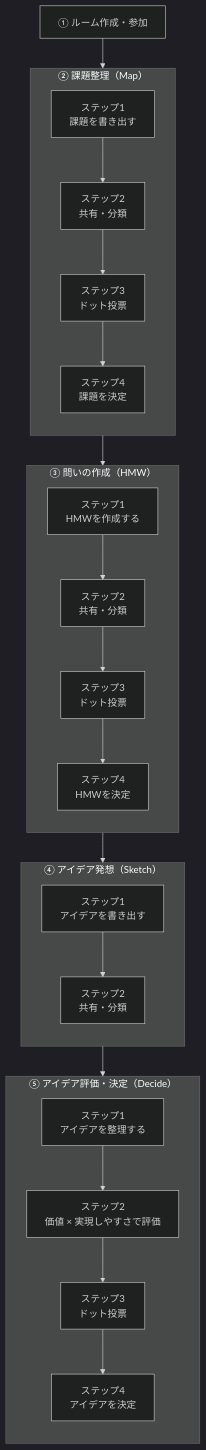
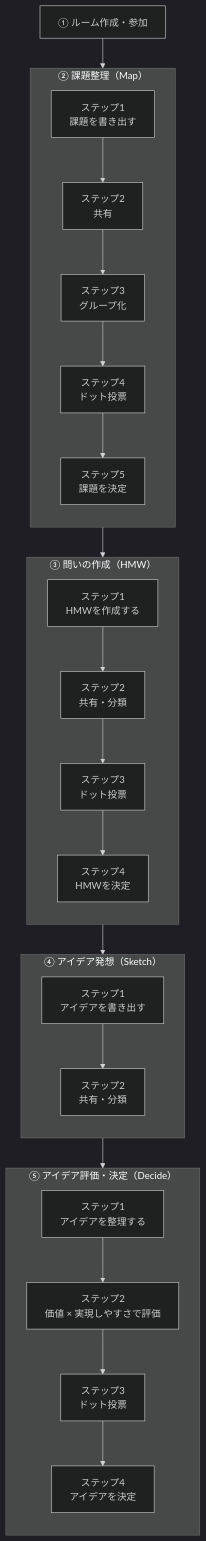
One commit to engineer-first/idea-flow-app changed the diagram in docs/ds-flow.md. Above: the diagram before and after it, drawn with Mermaid (dark theme). The commit also changed 2 other files, not shown here.

Commit message:
docs: 課題整理(Map)のステップ定義と投票の必須/任意記述をマトリクスに揃える
ds-feature-matrix.md を正典とし、参照先の ds-flow.md / dezain-supurinto.md の
Map フェーズを4段階から5段階(共有とグループ化を分離)へ更新。あわせて
HMWフェーズの設計メモにあった「投票以降は任意表示」という記述が投票・投票結果
自体まで任意と誤読できたため、任意になるのはタイマー表示のみである旨を明記。

````diff
--- a/docs/ds-flow.md
+++ b/docs/ds-flow.md
@@ -3,51 +3,52 @@
 ```mermaid
 flowchart TD
 
 A[① ルーム作成・参加]
 
 A --> C
 
 subgraph C["② 課題整理（Map）"]
 direction TB
 C1[ステップ1<br>課題を書き出す]
-C2[ステップ2<br>共有・分類]
-C3[ステップ3<br>ドット投票]
-C4[ステップ4<br>課題を決定]
+C2[ステップ2<br>共有]
+C3[ステップ3<br>グループ化]
+C4[ステップ4<br>ドット投票]
+C5[ステップ5<br>課題を決定]
 
-C1 --> C2 --> C3 --> C4
+C1 --> C2 --> C3 --> C4 --> C5
 end
 
 C --> D
 
 subgraph D["③ 問いの作成（HMW）"]
 direction TB
 D1[ステップ1<br>HMWを作成する]
 D2[ステップ2<br>共有・分類]
 D3[ステップ3<br>ドット投票]
 D4[ステップ4<br>HMWを決定]
 
 D1 --> D2 --> D3 --> D4
 end
 
 D --> E
 
 subgraph E["④ アイデア発想（Sketch）"]
 direction TB
 E1[ステップ1<br>アイデアを書き出す]
 E2[ステップ2<br>共有・分類]
 
 E1 --> E2
 end
 
 E --> F
 
 subgraph F["⑤ アイデア評価・決定（Decide）"]
 direction TB
 F1[ステップ1<br>アイデアを整理する]
 F2[ステップ2<br>価値 × 実現しやすさで評価]
 F3[ステップ3<br>ドット投票]
 F4[ステップ4<br>アイデアを決定]
 
 F1 --> F2 --> F3 --> F4
 end
 ```
````
